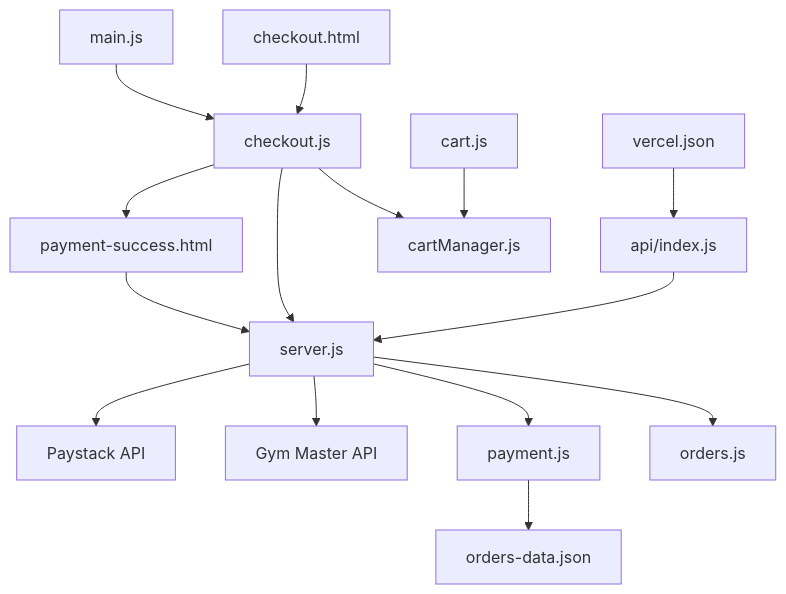
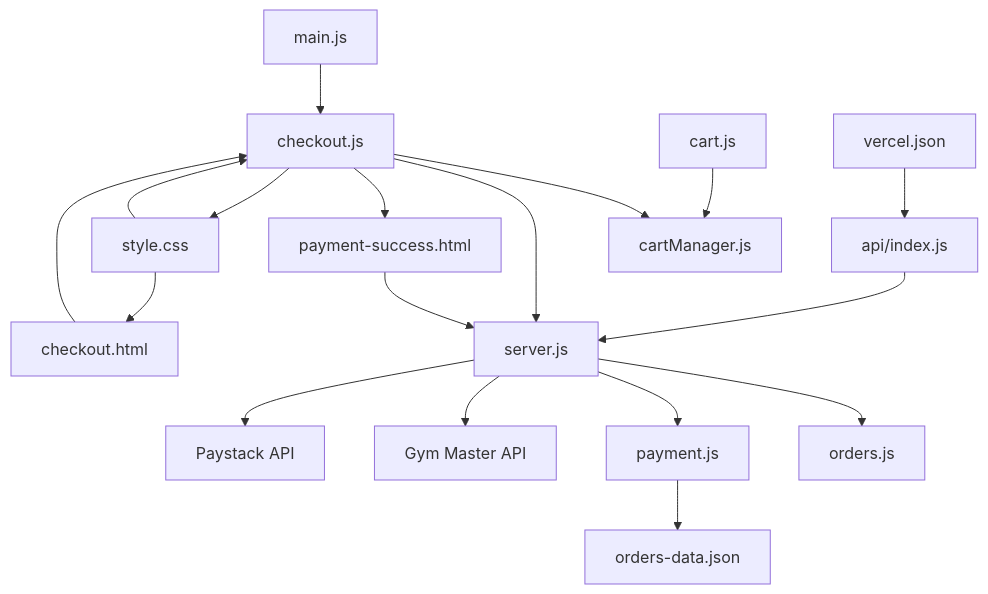
Before and after one commit to SirD33k/activezone: the eighth of 8 diagrams in .qoder/repowiki/en/content/Frontend Architecture/Checkout Process.md, drawn with Mermaid. The commit also changed other lines of this file and 7 other files, not shown here.

````diff
--- a/.qoder/repowiki/en/content/Frontend Architecture/Checkout Process.md
+++ b/.qoder/repowiki/en/content/Frontend Architecture/Checkout Process.md
@@ -435,31 +524,35 @@
 ```mermaid
 graph TB
 CJ["checkout.js"]
 CH["checkout.html"]
 CM["cartManager.js"]
 CJS["cart.js"]
 SV["server.js"]
 OR["orders.js"]
 PJ["payment.js"]
 PS["payment-success.html"]
 OD["orders-data.json"]
 MS["main.js"]
 VC["vercel.json"]
 AI["api/index.js"]
+ST["style.css"]
 GM["Gym Master API"]
 PSK["Paystack API"]
 CH --> CJ
 CJ --> CM
 CJ --> SV
 CJ --> PS
+CJ --> ST
 CJS --> CM
 SV --> OR
 SV --> PJ
 SV --> GM
 SV --> PSK
 PJ --> OD
 PS --> SV
 VC --> AI
 AI --> SV
 MS --> CJ
+ST --> CJ
+ST --> CH
 ```
````
